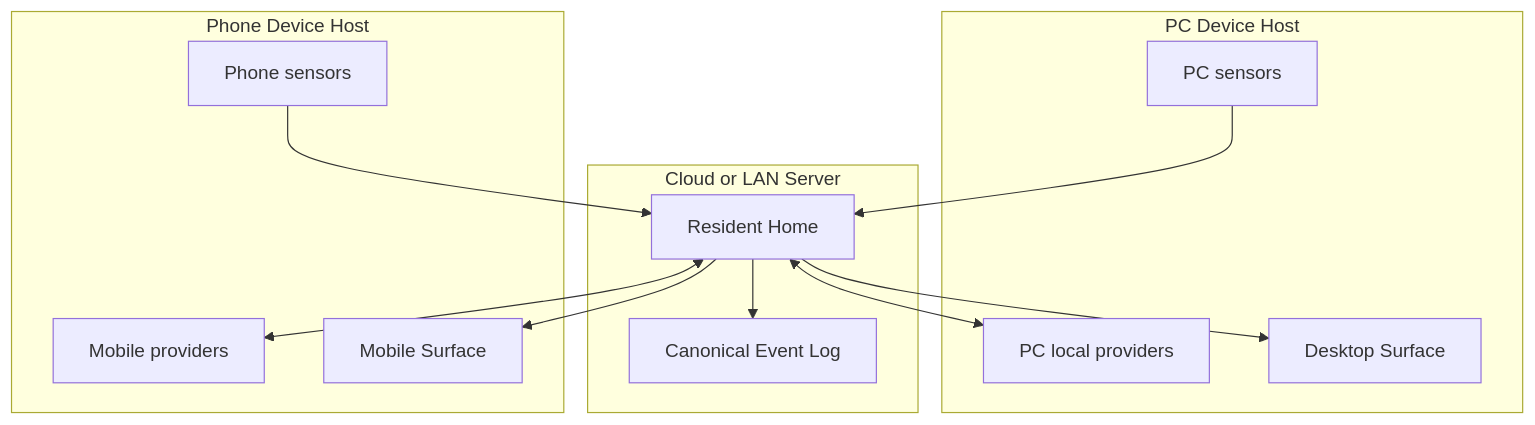
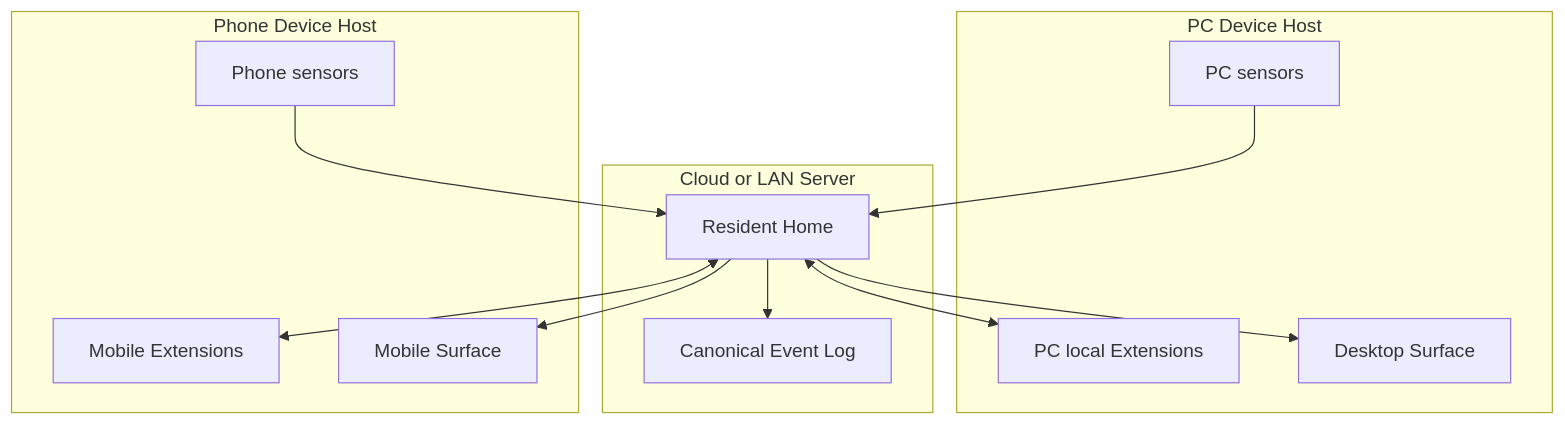
The second of 3 diagrams in 02-architecture.md (minimarimo3/yuukeiV2), drawn with Mermaid before and after one commit. The commit also changed other lines of this file and 39 other files, not shown here.

````diff
--- a/02-architecture.md
+++ b/02-architecture.md
@@ -124,27 +114,27 @@
 ```mermaid
 flowchart TB
   subgraph Cloud["Cloud or LAN Server"]
     Home["Resident Home"]
     Log["Canonical Event Log"]
   end
 
   subgraph PC["PC Device Host"]
     PCSensors["PC sensors"]
-    PCCaps["PC local providers"]
+    PCExt["PC local Extensions"]
     PCSurface["Desktop Surface"]
   end
 
   subgraph Phone["Phone Device Host"]
     PhoneSensors["Phone sensors"]
-    PhoneCaps["Mobile providers"]
+    PhoneExt["Mobile Extensions"]
     PhoneSurface["Mobile Surface"]
   end
 
   PCSensors --> Home
   PhoneSensors --> Home
-  Home <--> PCCaps
-  Home <--> PhoneCaps
+  Home <--> PCExt
+  Home <--> PhoneExt
   Home --> PCSurface
   Home --> PhoneSurface
   Home --> Log
 ```
````
